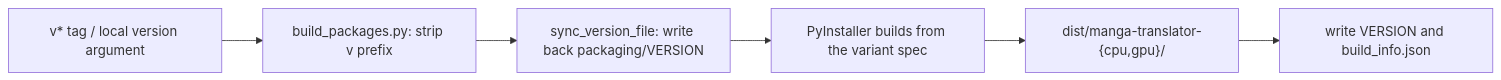
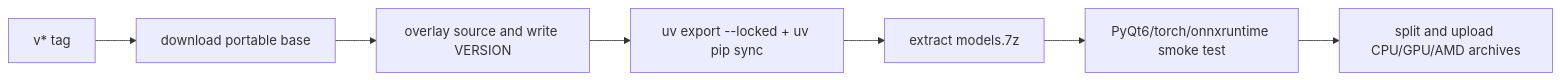
One commit to hgmzhn/manga-translator-ui changed the first of 2 diagrams in doc/wiki/en/developer/packaging-and-release.md. Above: the diagram before and after it, drawn with Mermaid. The commit also changed other lines of this file and 3 other files, not shown here.

````diff
--- a/doc/wiki/en/developer/packaging-and-release.md
+++ b/doc/wiki/en/developer/packaging-and-release.md
@@ -59,8 +61,9 @@
 ```mermaid
 flowchart LR
-    T["v* tag / local version argument"] --> B["build_packages.py: strip v prefix"]
-    B --> S["sync_version_file: write back packaging/VERSION"]
-    S --> P["PyInstaller builds from the variant spec"]
-    P --> D["dist/manga-translator-{cpu,gpu}/"]
-    D --> V["write VERSION and build_info.json"]
+    T["v* tag"] --> B["download portable base"]
+    B --> S["overlay source and write VERSION"]
+    S --> D["uv export --locked + uv pip sync"]
+    D --> M["extract models.7z"]
+    M --> Q["PyQt6/torch/onnxruntime smoke test"]
+    Q --> Z["split and upload CPU/GPU/AMD archives"]
 ```
````
